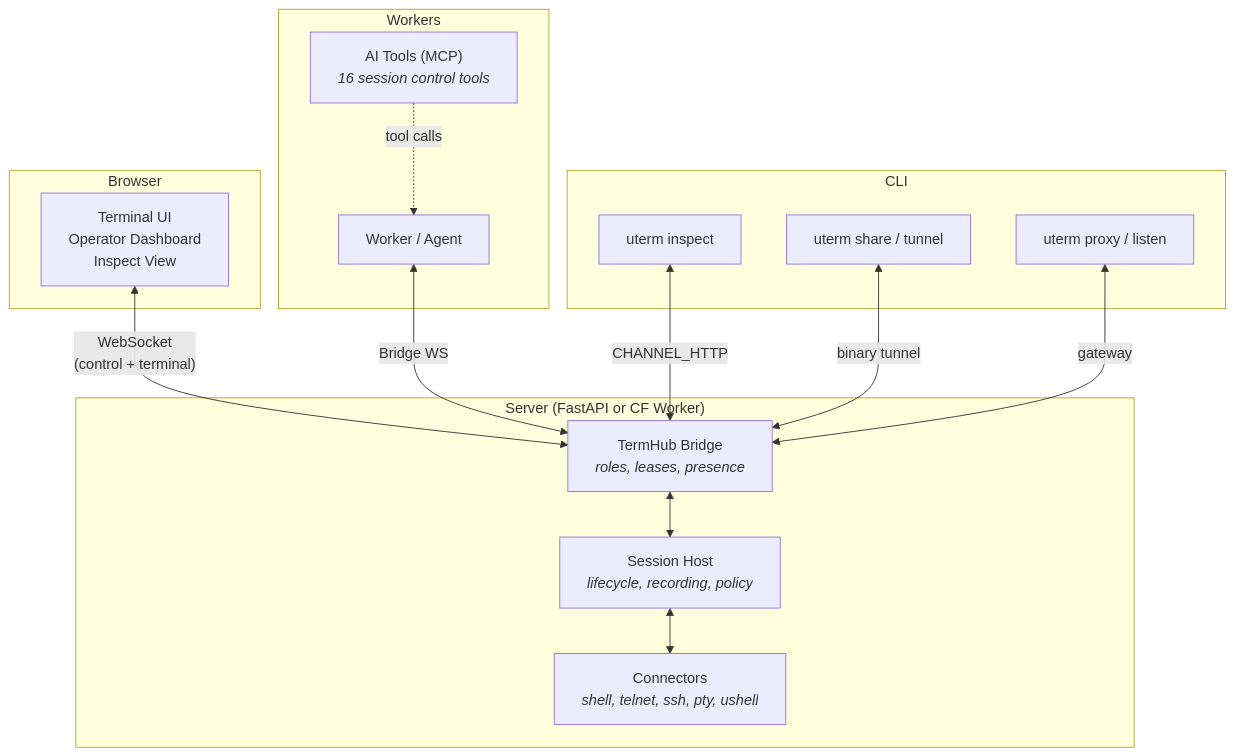
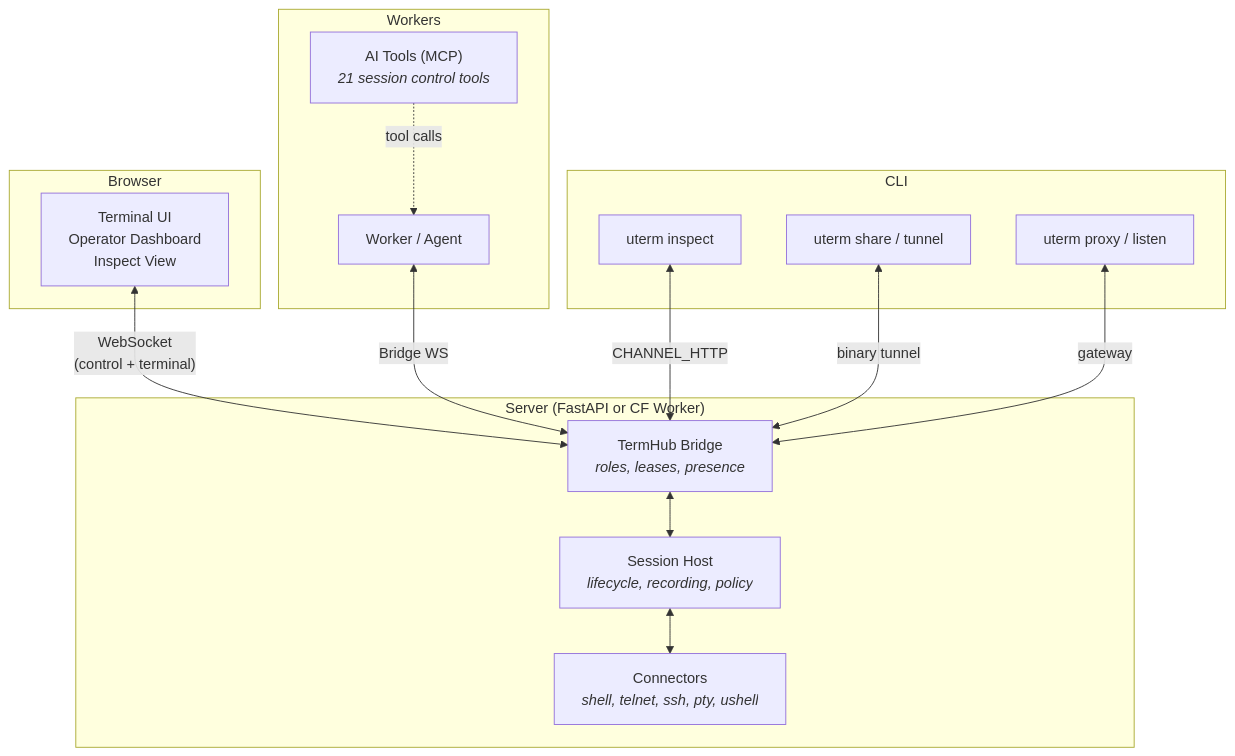
The first of 4 diagrams in README.md (provide-io/provide-uterm), drawn with Mermaid before and after one commit. The commit also changed other lines of this file and 230 other files, not shown here.

````diff
--- a/README.md
+++ b/README.md
@@ -17,32 +17,32 @@
 ```mermaid
 graph TB
     subgraph Browser
         UI["Terminal UI<br/>Operator Dashboard<br/>Inspect View"]
     end
 
     subgraph Server ["Server (FastAPI or CF Worker)"]
         Hub["TermHub Bridge<br/><i>roles, leases, presence</i>"]
         Runtime["Session Host<br/><i>lifecycle, recording, policy</i>"]
         Connectors["Connectors<br/><i>shell, telnet, ssh, pty, ushell</i>"]
     end
 
     subgraph Workers
         Agent["Worker / Agent"]
-        AI["AI Tools (MCP)<br/><i>16 session control tools</i>"]
+        AI["AI Tools (MCP)<br/><i>21 session control tools</i>"]
     end
 
     subgraph CLI
         Proxy["uterm proxy / listen"]
         Inspect["uterm inspect"]
         Share["uterm share / tunnel"]
     end
 
     UI <-->|"WebSocket<br/>(control + terminal)"| Hub
     Hub <--> Runtime
     Runtime <--> Connectors
     Agent <-->|"Bridge WS"| Hub
     AI -.->|"tool calls"| Agent
     Inspect <-->|"CHANNEL_HTTP"| Hub
     Share <-->|"binary tunnel"| Hub
     Proxy <-->|"gateway"| Hub
 ```
````
